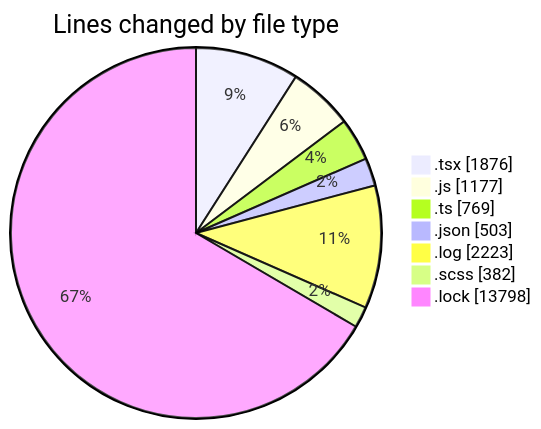
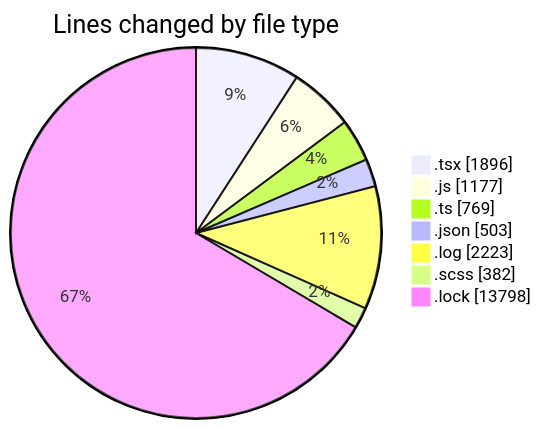
Before and after one commit to momahboobian/code-tracking: the first of 2 diagrams in 2026-04-17/cda/README.md, drawn with Mermaid. The commit also changed other lines of this file and 1 other file, not shown here.

````diff
--- a/2026-04-17/cda/README.md
+++ b/2026-04-17/cda/README.md
@@ -47,11 +47,11 @@
 ```mermaid
 pie showData
 title Lines changed by file type
-".tsx" : 1876
+".tsx" : 1896
 ".js" : 1177
 ".ts" : 769
 ".json" : 503
 ".log" : 2223
 ".scss" : 382
 ".lock" : 13798
 ```
````
